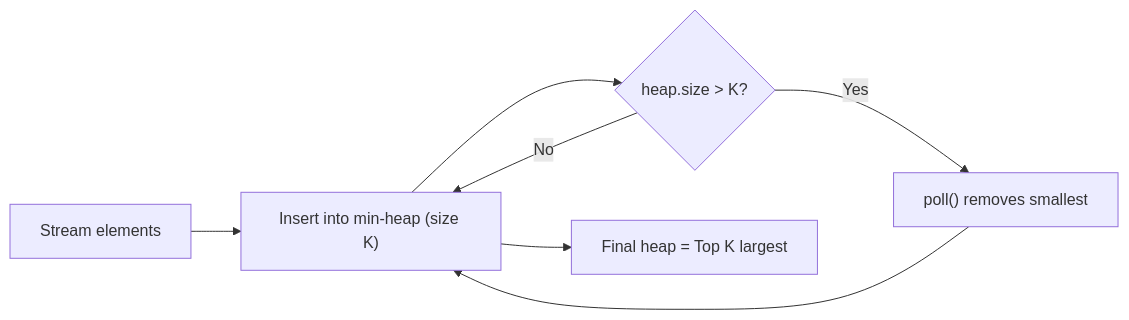
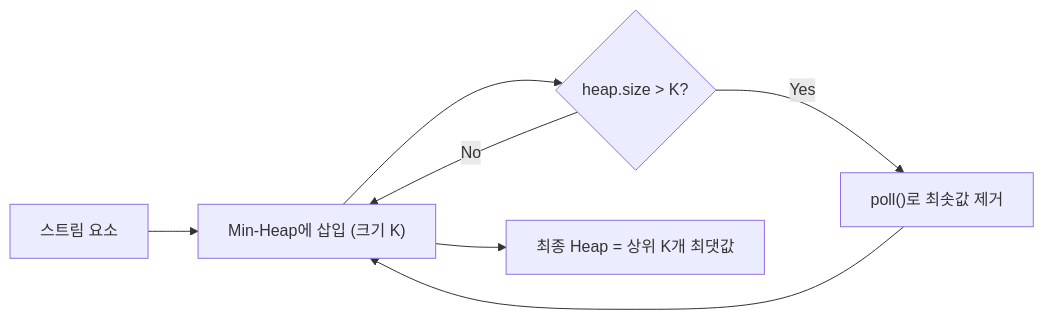
The third of 4 diagrams in _posts/algorithm/2026-03-07-heap.md (mandoobox/mandoobox.github.io), drawn with Mermaid before and after one commit. The commit also changed other lines of this file and 24 other files, not shown here.

Commit message:
feat: mermaid kr

````diff
--- a/_posts/algorithm/2026-03-07-heap.md
+++ b/_posts/algorithm/2026-03-07-heap.md
@@ -179,9 +182,9 @@
 ```mermaid
 flowchart LR
-    A["Stream elements"] --> B["Insert into min-heap (size K)"]
+    A["스트림 요소"] --> B["Min-Heap에 삽입 (크기 K)"]
     B --> C{"heap.size > K?"}
-    C -->|Yes| D["poll() removes smallest"]
+    C -->|Yes| D["poll()로 최솟값 제거"]
     C -->|No| B
     D --> B
-    B --> E["Final heap = Top K largest"]
+    B --> E["최종 Heap = 상위 K개 최댓값"]
 ```
````
